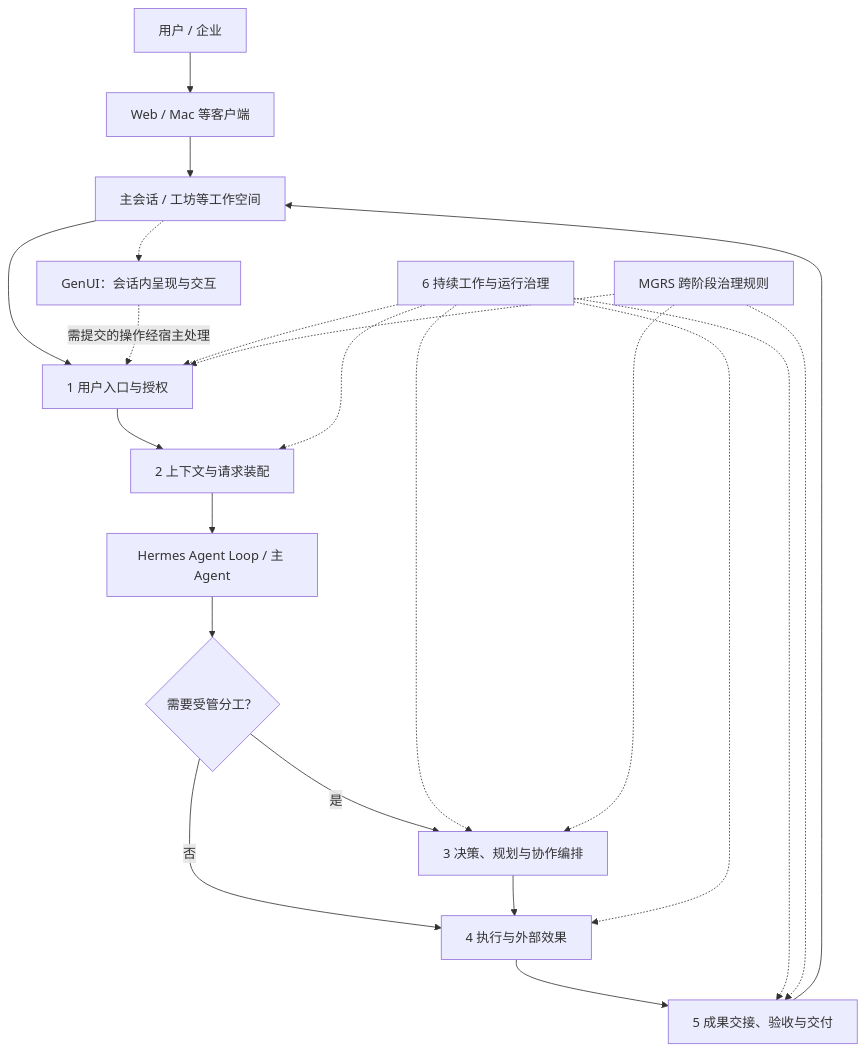
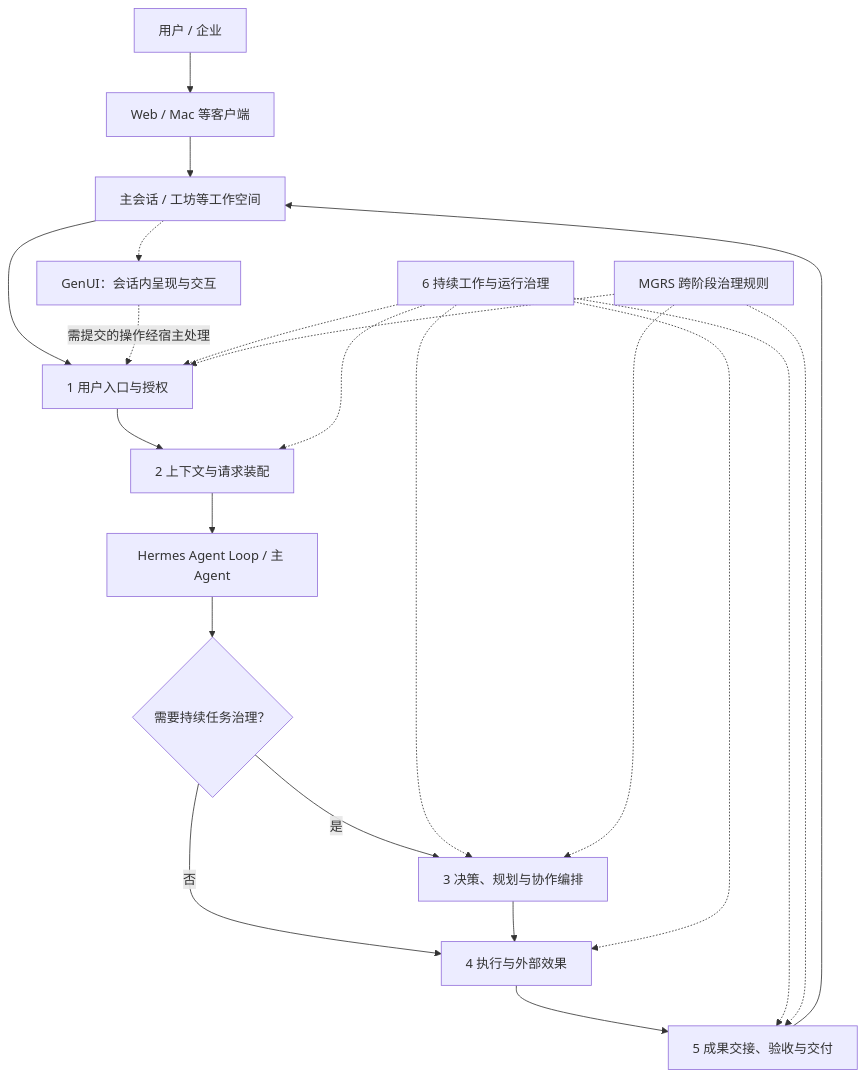
One commit to mor765504-gif/MGRS changed the diagram in MGRS.md. Above: the diagram before and after it, drawn with Mermaid. The commit also changed other lines of this file and 28 other files, not shown here.

````diff
--- a/MGRS.md
+++ b/MGRS.md
@@ -9,24 +11,24 @@
 ```mermaid
 flowchart TB
     USER["用户 / 企业"] --> CLIENT["Web / Mac 等客户端"]
     CLIENT --> SPACE["主会话 / 工坊等工作空间"]
     SPACE --> P1["1 用户入口与授权"]
     SPACE -.-> GENUI["GenUI：会话内呈现与交互"]
     GENUI -.->|"需提交的操作经宿主处理"| P1
     P1 --> P2["2 上下文与请求装配"]
     P2 --> AGENT["Hermes Agent Loop / 主 Agent"]
-    AGENT --> DECIDE{"需要受管分工？"}
+    AGENT --> DECIDE{"需要持续任务治理？"}
     DECIDE -->|"否"| P4["4 执行与外部效果"]
     DECIDE -->|"是"| P3["3 决策、规划与协作编排"]
     P3 --> P4
     P4 --> P5["5 成果交接、验收与交付"]
     P5 --> SPACE
     STATE["6 持续工作与运行治理"] -.-> P1
     STATE -.-> P2
     STATE -.-> P3
     STATE -.-> P4
     STATE -.-> P5
     RULE["MGRS 跨阶段治理规则"] -.-> P1
     RULE -.-> P3
     RULE -.-> P5
 ```
````
